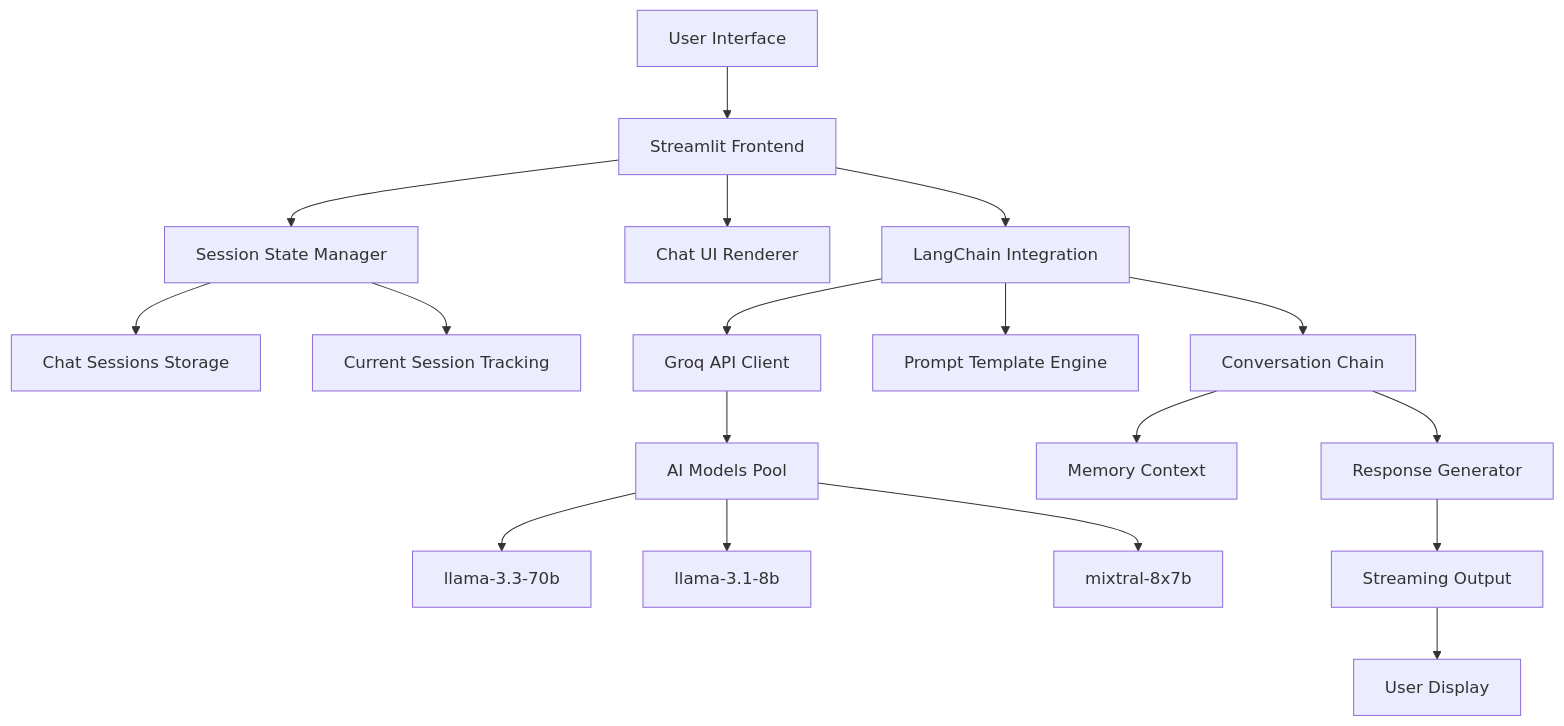
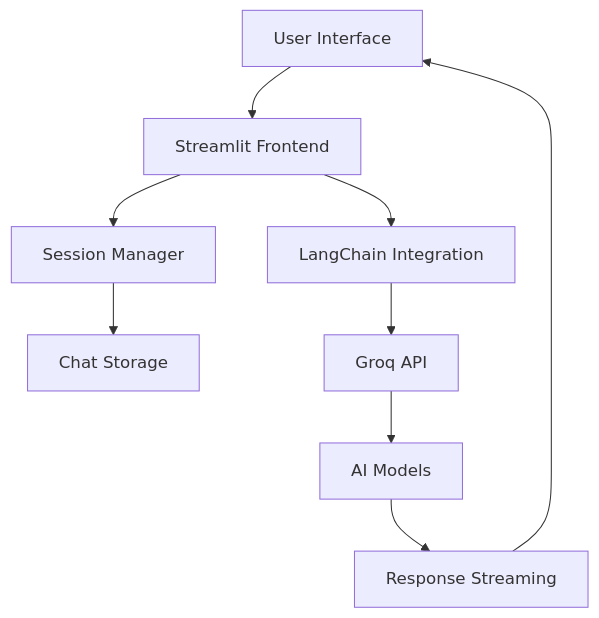
The diagram in README.md (muhammadawaislaal/Gynx-Ai-bot), drawn with Mermaid before and after one commit. The commit also changed other lines of this file, not shown here.

````diff
--- a/README.md
+++ b/README.md
@@ -176,25 +151,11 @@
 ```mermaid
 graph TB
     A[User Interface] --> B[Streamlit Frontend]
-    B --> C[Session State Manager]
-    B --> D[Chat UI Renderer]
-    
-    C --> E[Chat Sessions Storage]
-    C --> F[Current Session Tracking]
-    
-    B --> G[LangChain Integration]
-    G --> H[Groq API Client]
-    G --> I[Prompt Template Engine]
-    
-    H --> J[AI Models Pool]
-    J --> K[llama-3.3-70b]
-    J --> L[llama-3.1-8b]
-    J --> M[mixtral-8x7b]
-    
-    G --> N[Conversation Chain]
-    N --> O[Memory Context]
-    N --> P[Response Generator]
-    
-    P --> Q[Streaming Output]
-    Q --> R[User Display]
+    B --> C[Session Manager]
+    C --> D[Chat Storage]
+    B --> E[LangChain Integration]
+    E --> F[Groq API]
+    F --> G[AI Models]
+    G --> H[Response Streaming]
+    H --> A
 ```
````
